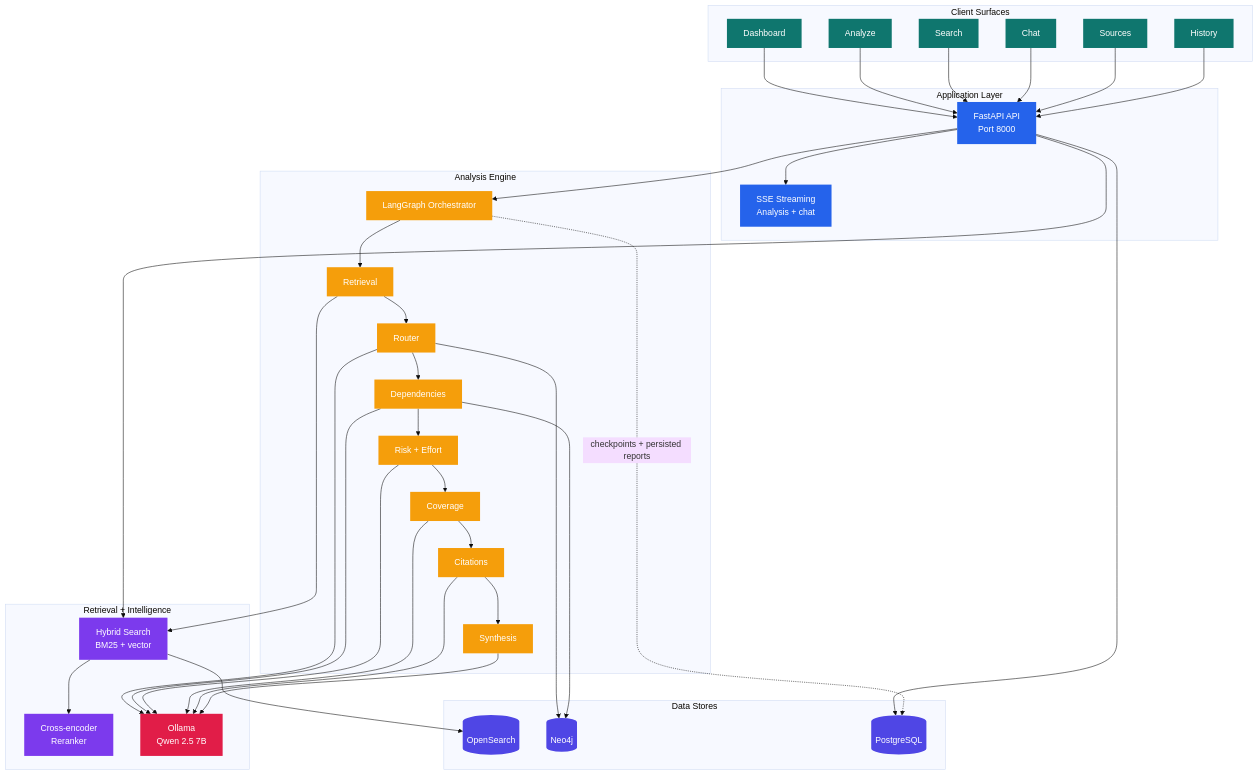
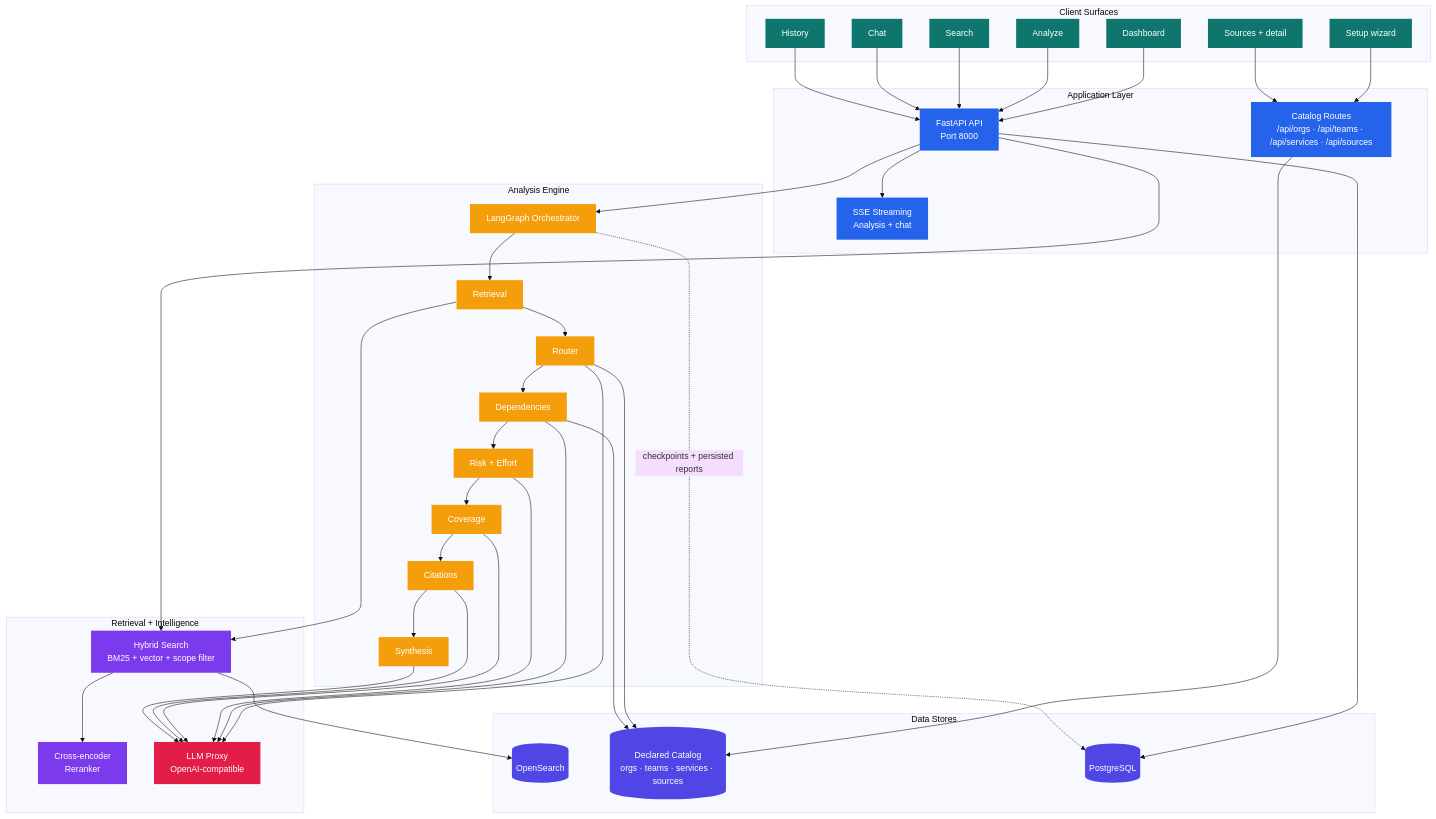
The first of 6 diagrams in docs/architecture.md (gurungabit/prism), drawn with Mermaid (base theme) before and after one commit. The commit also changed other lines of this file and 261 other files, not shown here.

````diff
--- a/docs/architecture.md
+++ b/docs/architecture.md
@@ -10,77 +14,81 @@
 ```mermaid
 graph TB
     subgraph CLIENT["Client Surfaces"]
         DASH["Dashboard"]
         ANALYZE["Analyze"]
         SEARCH["Search"]
         CHAT["Chat"]
-        SOURCES["Sources"]
+        SETUP["Setup wizard"]
+        SOURCES["Sources + detail"]
         HISTORY["History"]
     end
 
     subgraph API_LAYER["Application Layer"]
         API["FastAPI API<br/>Port 8000"]
+        CATAPI["Catalog Routes<br/>/api/orgs · /api/teams · /api/services · /api/sources"]
         STREAM["SSE Streaming<br/>Analysis + chat"]
     end
 
     subgraph ENGINE["Analysis Engine"]
         ORC["LangGraph Orchestrator"]
         RET["Retrieval"]
         RTR["Router"]
         DEP["Dependencies"]
         RSK["Risk + Effort"]
         COV["Coverage"]
         CIT["Citations"]
         SYN["Synthesis"]
     end
 
     subgraph RETRIEVAL["Retrieval + Intelligence"]
-        HS["Hybrid Search<br/>BM25 + vector"]
+        HS["Hybrid Search<br/>BM25 + vector + scope filter"]
         RRK["Cross-encoder<br/>Reranker"]
-        LLM["Ollama<br/>Qwen 2.5 7B"]
+        LLM["LLM Proxy<br/>OpenAI-compatible"]
     end
 
     subgraph DATA["Data Stores"]
         OS[(OpenSearch)]
-        N4J[(Neo4j)]
+        CAT[(Declared Catalog<br/>orgs · teams · services · sources)]
         PG[(PostgreSQL)]
     end
 
     DASH --> API
     ANALYZE --> API
     SEARCH --> API
     CHAT --> API
-    SOURCES --> API
+    SETUP --> CATAPI
+    SOURCES --> CATAPI
     HISTORY --> API
     API --> STREAM
+    CATAPI --> CAT
 
     API --> ORC
     ORC --> RET --> RTR --> DEP --> RSK --> COV --> CIT --> SYN
     RET --> HS --> RRK
     HS --> OS
-    RTR --> N4J
-    DEP --> N4J
+    RTR --> CAT
+    DEP --> CAT
     RTR --> LLM
     DEP --> LLM
     RSK --> LLM
     COV --> LLM
     CIT --> LLM
     SYN --> LLM
     API --> HS
     API --> PG
     ORC -. checkpoints + persisted reports .-> PG
 
     classDef client fill:#0f766e,color:#fff,stroke:none;
     classDef api fill:#2563eb,color:#fff,stroke:none;
     classDef engine fill:#f59e0b,color:#fff,stroke:none;
     classDef retrieval fill:#7c3aed,color:#fff,stroke:none;
     classDef data fill:#4f46e5,color:#fff,stroke:none;
     classDef ai fill:#e11d48,color:#fff,stroke:none;
 
-    class DASH,ANALYZE,SEARCH,CHAT,SOURCES,HISTORY client;
-    class API,STREAM api;
+    class DASH,ANALYZE,SEARCH,CHAT,SETUP,SOURCES,HISTORY client;
+    class API,CATAPI,STREAM api;
     class ORC,RET,RTR,DEP,RSK,COV,CIT,SYN engine;
     class HS,RRK retrieval;
-    class OS,N4J,PG data;
+    class OS,CAT,PG data;
     class LLM ai;
 ```
````
